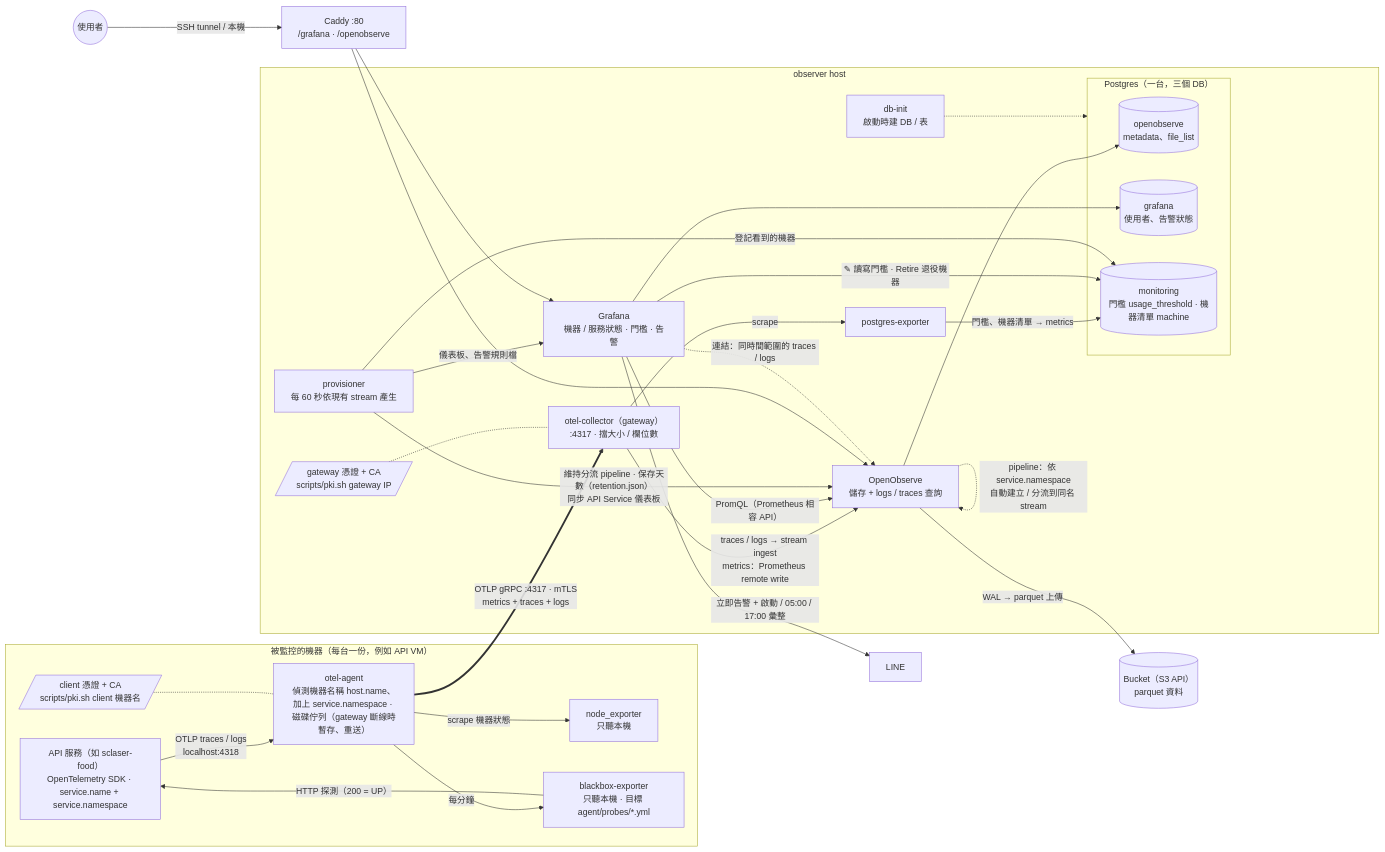
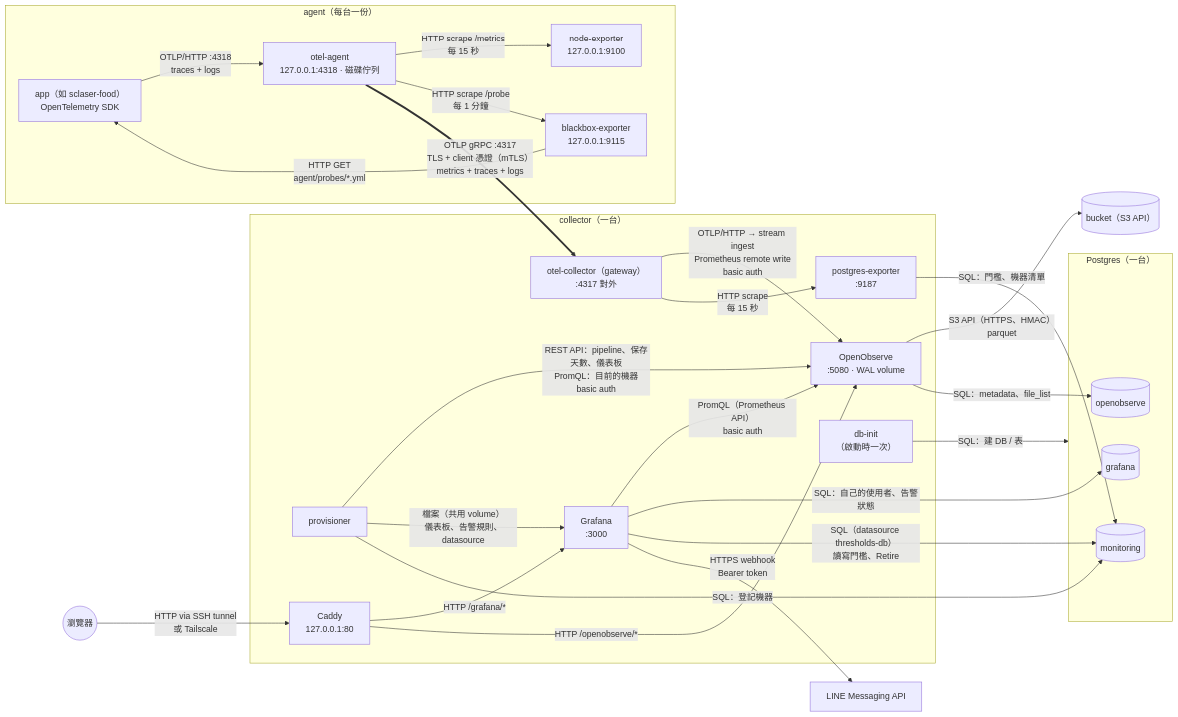
Before and after one commit to aoeskills/observability: the diagram in docs/architecture.md, drawn with Mermaid. The commit also changed other lines of this file and 13 other files, not shown here.

First line of the commit message:
Docs: collector / agent roles, collector runbook, current state

````diff
--- a/docs/architecture.md
+++ b/docs/architecture.md
@@ -10,62 +10,50 @@
 ```mermaid
 flowchart LR
-    subgraph machine["被監控的機器（每台一份，例如 API VM）"]
-        app["API 服務（如 sclaser-food）<br/>OpenTelemetry SDK · service.name + service.namespace"]
-        node["node_exporter<br/>只聽本機"]
-        bb["blackbox-exporter<br/>只聽本機 · 目標 agent/probes/*.yml"]
-        agent["otel-agent<br/>偵測機器名稱 host.name、加上 service.namespace · 磁碟佇列（gateway 斷線時暫存、重送）"]
-        cert[/"client 憑證 + CA<br/>scripts/pki.sh client 機器名"/]
-        app -->|"OTLP traces / logs<br/>localhost:4318"| agent
-        agent -->|"scrape 機器狀態"| node
-        agent -->|"每分鐘"| bb
-        bb -->|"HTTP 探測（200 = UP）"| app
-        cert -.- agent
+    subgraph agenthost["agent（每台一份）"]
+        app["app（如 sclaser-food）<br/>OpenTelemetry SDK"]
+        node["node-exporter<br/>127.0.0.1:9100"]
+        bb["blackbox-exporter<br/>127.0.0.1:9115"]
+        otelagent["otel-agent<br/>127.0.0.1:4318 · 磁碟佇列"]
+        app -->|"OTLP/HTTP :4318<br/>traces + logs"| otelagent
+        otelagent -->|"HTTP scrape /metrics<br/>每 15 秒"| node
+        otelagent -->|"HTTP scrape /probe<br/>每 1 分鐘"| bb
+        bb -->|"HTTP GET<br/>agent/probes/*.yml"| app
     end
 
-    subgraph observer["observer host"]
-        gateway["otel-collector（gateway）<br/>:4317 · 擋大小 / 欄位數"]
-        gwcert[/"gateway 憑證 + CA<br/>scripts/pki.sh gateway IP"/]
-        gwcert -.- gateway
-
-        pgexp["postgres-exporter"]
-        gateway -->|"scrape"| pgexp
-
-        o2["OpenObserve<br/>儲存 + logs / traces 查詢"]
-        gateway -->|"traces / logs → stream ingest<br/>metrics：Prometheus remote write"| o2
-        o2 -.->|"pipeline：依 service.namespace<br/>自動建立 / 分流到同名 stream"| o2
-
-        subgraph pg["Postgres（一台，三個 DB）"]
-            db_o2[("openobserve<br/>metadata、file_list")]
-            db_g[("grafana<br/>使用者、告警狀態")]
-            db_m[("monitoring<br/>門檻 usage_threshold · 機器清單 machine")]
-        end
-        dbinit["db-init<br/>啟動時建 DB / 表"] -.-> pg
-
-        o2 --> db_o2
-        pgexp -->|"門檻、機器清單 → metrics"| db_m
-
-        grafana["Grafana<br/>機器 / 服務狀態 · 門檻 · 告警"]
-        grafana -->|"PromQL（Prometheus 相容 API）"| o2
-        grafana -->|"✎ 讀寫門檻 · Retire 退役機器"| db_m
-        grafana --> db_g
-
-        provisioner["provisioner<br/>每 60 秒依現有 stream 產生"]
-        provisioner -->|"維持分流 pipeline · 保存天數（retention.json）<br/>同步 API Service 儀表板"| o2
-        provisioner -->|"儀表板、告警規則檔"| grafana
-        provisioner -->|"登記看到的機器"| db_m
+    subgraph collectorhost["collector（一台）"]
+        gateway["otel-collector（gateway）<br/>:4317 對外"]
+        o2["OpenObserve<br/>:5080 · WAL volume"]
+        grafana["Grafana<br/>:3000"]
+        provisioner["provisioner"]
+        pgexp["postgres-exporter<br/>:9187"]
+        dbinit["db-init<br/>（啟動時一次）"]
+        caddy["Caddy<br/>127.0.0.1:80"]
+        gateway -->|"OTLP/HTTP → stream ingest<br/>Prometheus remote write<br/>basic auth"| o2
+        gateway -->|"HTTP scrape<br/>每 15 秒"| pgexp
+        grafana -->|"PromQL（Prometheus API）<br/>basic auth"| o2
+        provisioner -->|"REST API：pipeline、保存天數、儀表板<br/>PromQL：目前的機器<br/>basic auth"| o2
+        provisioner -->|"檔案（共用 volume）<br/>儀表板、告警規則、datasource"| grafana
+        caddy -->|"HTTP /grafana/*"| grafana
+        caddy -->|"HTTP /openobserve/*"| o2
     end
 
-    agent ==>|"OTLP gRPC :4317 · mTLS<br/>metrics + traces + logs"| gateway
+    subgraph pg["Postgres（一台）"]
+        db_o2[("openobserve")]
+        db_g[("grafana")]
+        db_m[("monitoring")]
+    end
+    bucket[("bucket（S3 API）")]
+    line["LINE Messaging API"]
+    user(("瀏覽器"))
 
-    bucket[("Bucket（S3 API）<br/>parquet 資料")]
-    o2 -->|"WAL → parquet 上傳"| bucket
-
-    grafana -->|"立即告警 + 啟動 / 05:00 / 17:00 彙整"| line["LINE"]
-
-    user(("使用者"))
-    caddy["Caddy :80<br/>/grafana · /openobserve"]
-    user -->|"SSH tunnel / 本機"| caddy
-    caddy --> grafana
-    caddy --> o2
-    grafana -.->|"連結：同時間範圍的 traces / logs"| o2
+    otelagent ==>|"OTLP gRPC :4317<br/>TLS + client 憑證（mTLS）<br/>metrics + traces + logs"| gateway
+    o2 -->|"S3 API（HTTPS、HMAC）<br/>parquet"| bucket
+    o2 -->|"SQL：metadata、file_list"| db_o2
+    grafana -->|"SQL：自己的使用者、告警狀態"| db_g
+    grafana -->|"SQL（datasource thresholds-db）<br/>讀寫門檻、Retire"| db_m
+    provisioner -->|"SQL：登記機器"| db_m
+    pgexp -->|"SQL：門檻、機器清單"| db_m
+    dbinit -->|"SQL：建 DB / 表"| pg
+    grafana -->|"HTTPS webhook<br/>Bearer token"| line
+    user -->|"HTTP via SSH tunnel<br/>或 Tailscale"| caddy
 ```
````
